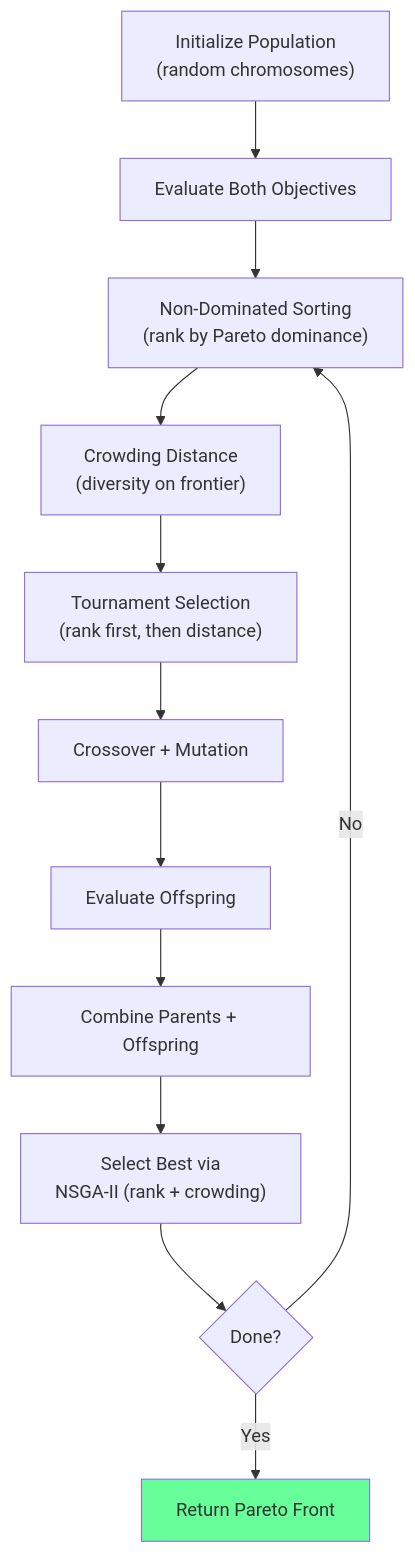
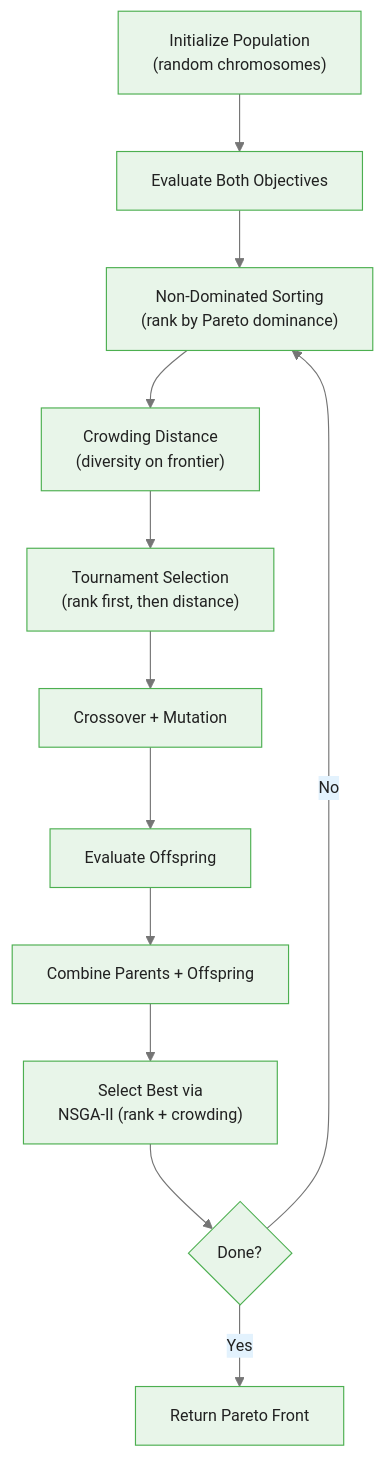
Before and after one commit to m-deane/course-creator: the second of 5 diagrams in courses/genetic-algorithms-feature-selection/modules/module_05_advanced/guides/01_advanced_techniques_slides.md, drawn with Mermaid. The commit also changed other lines of this file and 52 other files, not shown here.

````diff
--- a/courses/genetic-algorithms-feature-selection/modules/module_05_advanced/guides/01_advanced_techniques_slides.md
+++ b/courses/genetic-algorithms-feature-selection/modules/module_05_advanced/guides/01_advanced_techniques_slides.md
@@ -98,15 +97,15 @@
 ```mermaid
+%%{init: {"theme": "base", "themeVariables": {"primaryColor": "#e8f5e9", "primaryBorderColor": "#4caf50", "primaryTextColor": "#212121", "secondaryColor": "#e3f2fd", "tertiaryColor": "#fff8e1", "lineColor": "#757575", "fontFamily": "Inter, sans-serif", "fontSize": "14px"}}}%%
 flowchart TD
     A["Initialize Population<br/>(random chromosomes)"] --> B["Evaluate Both Objectives"]
     B --> C["Non-Dominated Sorting<br/>(rank by Pareto dominance)"]
     C --> D["Crowding Distance<br/>(diversity on frontier)"]
     D --> E["Tournament Selection<br/>(rank first, then distance)"]
     E --> F["Crossover + Mutation"]
     F --> G["Evaluate Offspring"]
     G --> H["Combine Parents + Offspring"]
     H --> I["Select Best via<br/>NSGA-II (rank + crowding)"]
     I --> J{"Done?"}
     J -->|No| C
     J -->|Yes| K["Return Pareto Front"]
-    style K fill:#6f9
 ```
````
